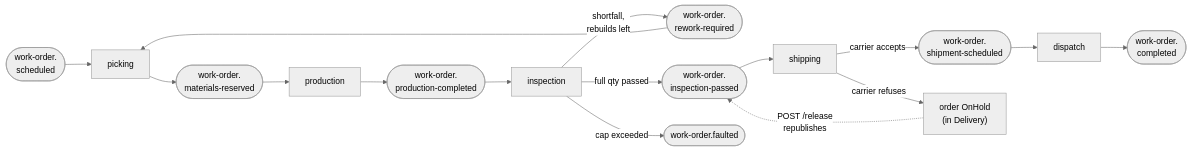
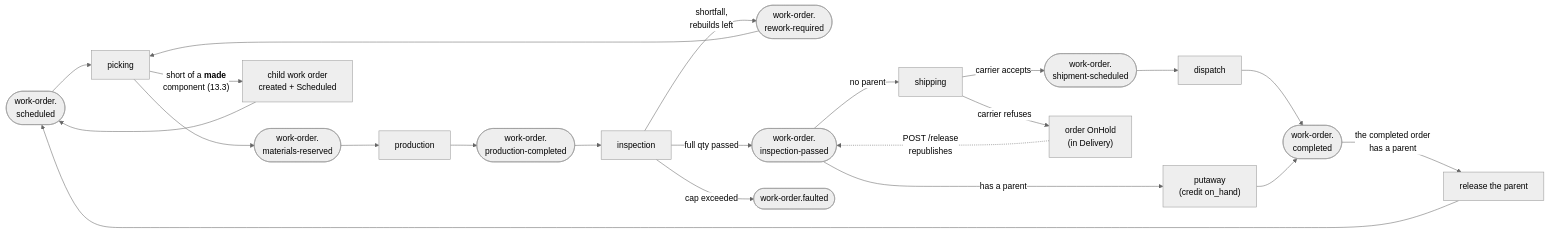
The second of 7 diagrams in docs/messaging-topology.md (hmcenhill/ArtificeWorks), drawn with Mermaid (neutral theme) before and after one commit. The commit also changed other lines of this file and 50 other files, not shown here.

Commit message:
epic 13.3: child work orders — the factory makes what it hasn't got

````diff
--- a/docs/messaging-topology.md
+++ b/docs/messaging-topology.md
@@ -54,18 +54,24 @@
 ```mermaid
 flowchart LR
     sched(["work-order.<br/>scheduled"]) --> pick["picking"]
     pick --> mr(["work-order.<br/>materials-reserved"])
     mr --> prod["production"]
     rr(["work-order.<br/>rework-required"]) --> pick
+    pick -->|"short of a <b>made</b><br/>component (13.3)"| child["child work order<br/>created + Scheduled"]
+    child --> sched
     prod --> pc(["work-order.<br/>production-completed"])
     pc --> insp["inspection"]
     insp -->|"shortfall,<br/>rebuilds left"| rr
     insp -->|"full qty passed"| ip(["work-order.<br/>inspection-passed"])
     insp -->|"cap exceeded"| f(["work-order.faulted"])
-    ip --> ship["shipping"]
+    ip -->|"has a parent"| put["putaway<br/>(credit on_hand)"]
+    ip -->|"no parent"| ship["shipping"]
     ship -->|"carrier accepts"| ss(["work-order.<br/>shipment-scheduled"])
     ship -->|"carrier refuses"| hold["order OnHold<br/>(in Delivery)"]
     hold -.->|"POST /release<br/>republishes"| ip
     ss --> disp["dispatch"]
     disp --> done(["work-order.<br/>completed"])
+    put --> done
+    done -->|"the completed order<br/>has a parent"| rel["release the parent"]
+    rel --> sched
 ```
````
